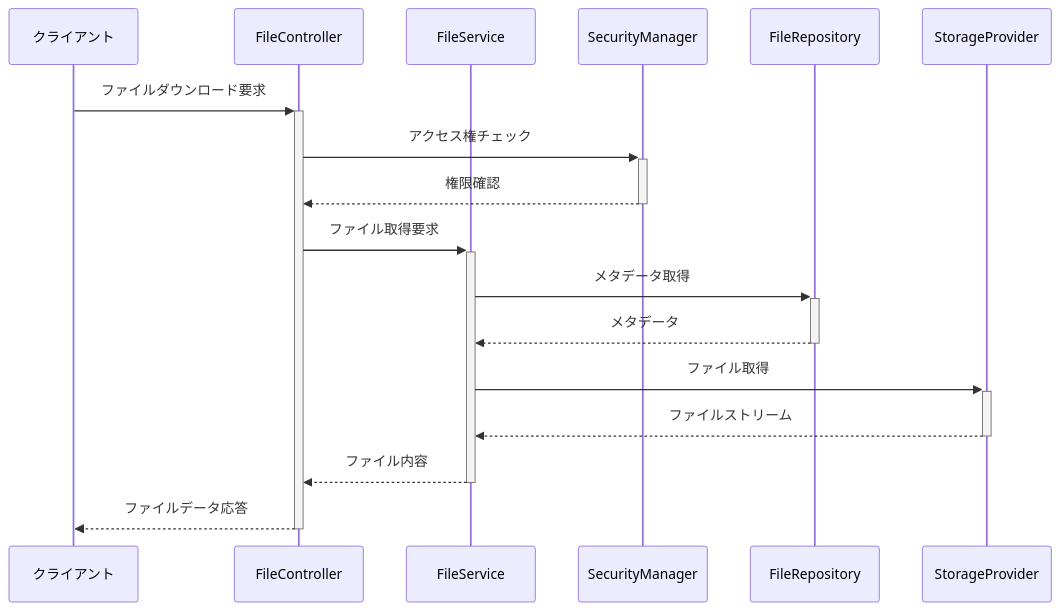
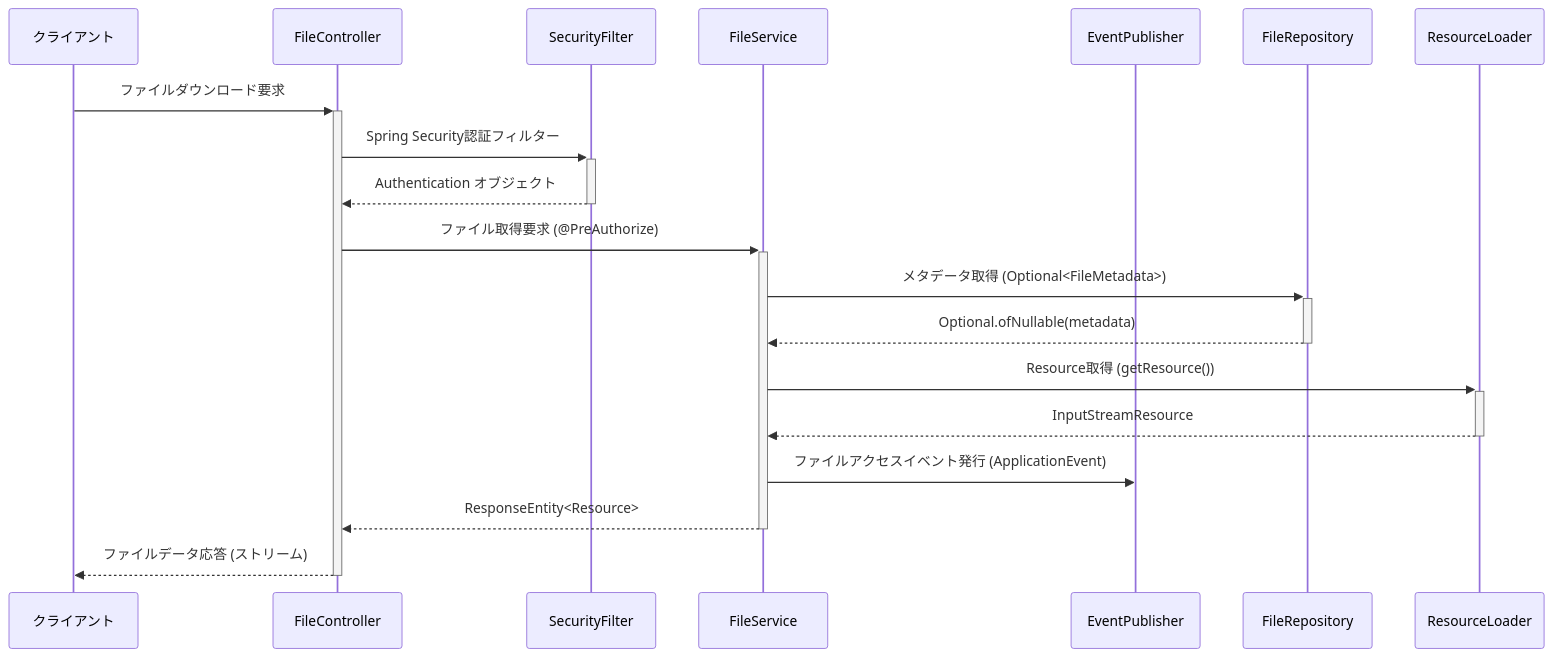
One commit to fcircle-biz/ses_mgr changed the fourth of 4 diagrams in docs/03_詳細設計/02_モジュール/01_共通機能/05_ファイル管理機能/01_概要.md. Above: the diagram before and after it, drawn with Mermaid. The commit also changed other lines of this file and 4 other files, not shown here.

````diff
--- a/docs/03_詳細設計/02_モジュール/01_共通機能/05_ファイル管理機能/01_概要.md
+++ b/docs/03_詳細設計/02_モジュール/01_共通機能/05_ファイル管理機能/01_概要.md
@@ -248,20 +274,22 @@
 ```mermaid
 sequenceDiagram
     participant Client as クライアント
     participant API as FileController
+    participant Security as SecurityFilter
     participant Service as FileService
-    participant Security as SecurityManager
-    participant DB as FileRepository
-    participant Storage as StorageProvider
+    participant Events as EventPublisher
+    participant Repository as FileRepository
+    participant Resource as ResourceLoader
     
     Client->>+API: ファイルダウンロード要求
-    API->>+Security: アクセス権チェック
-    Security-->>-API: 権限確認
-    API->>+Service: ファイル取得要求
-    Service->>+DB: メタデータ取得
-    DB-->>-Service: メタデータ
-    Service->>+Storage: ファイル取得
-    Storage-->>-Service: ファイルストリーム
-    Service-->>-API: ファイル内容
-    API-->>-Client: ファイルデータ応答
+    API->>+Security: Spring Security認証フィルター
+    Security-->>-API: Authentication オブジェクト
+    API->>+Service: ファイル取得要求 (@PreAuthorize)
+    Service->>+Repository: メタデータ取得 (Optional<FileMetadata>)
+    Repository-->>-Service: Optional.ofNullable(metadata)
+    Service->>+Resource: Resource取得 (getResource())
+    Resource-->>-Service: InputStreamResource
+    Service->>Events: ファイルアクセスイベント発行 (ApplicationEvent)
+    Service-->>-API: ResponseEntity<Resource>
+    API-->>-Client: ファイルデータ応答 (ストリーム)
 ```
````
